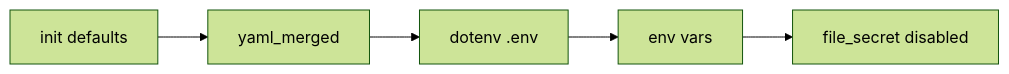
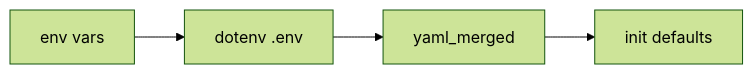
The diagram in 02_开发管理/tasks/DEV-002-config-system-env-example.md (xu-jia-ming/memory_system), drawn with Mermaid (forest theme) before and after one commit. The commit also changed other lines of this file and 15 other files, not shown here.

First line of the commit message:
feat(settings): add pydantic settings, yaml loader, and env example

````diff
--- a/02_开发管理/tasks/DEV-002-config-system-env-example.md
+++ b/02_开发管理/tasks/DEV-002-config-system-env-example.md
@@ -253,7 +255,6 @@
 ```mermaid
 flowchart LR
-  D[init defaults] --> Y[yaml_merged]
-  Y --> V[dotenv .env]
-  V --> E[env vars]
-  E --> F[file_secret disabled]
+  E[env vars] --> V[dotenv .env]
+  V --> Y[yaml_merged]
+  Y --> D[init defaults]
 ```
````
